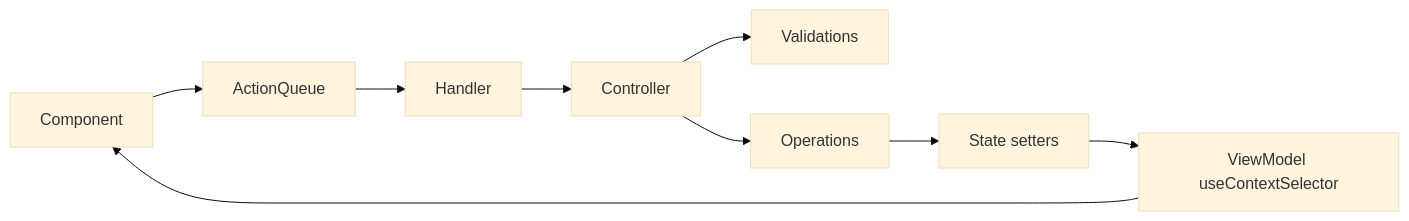
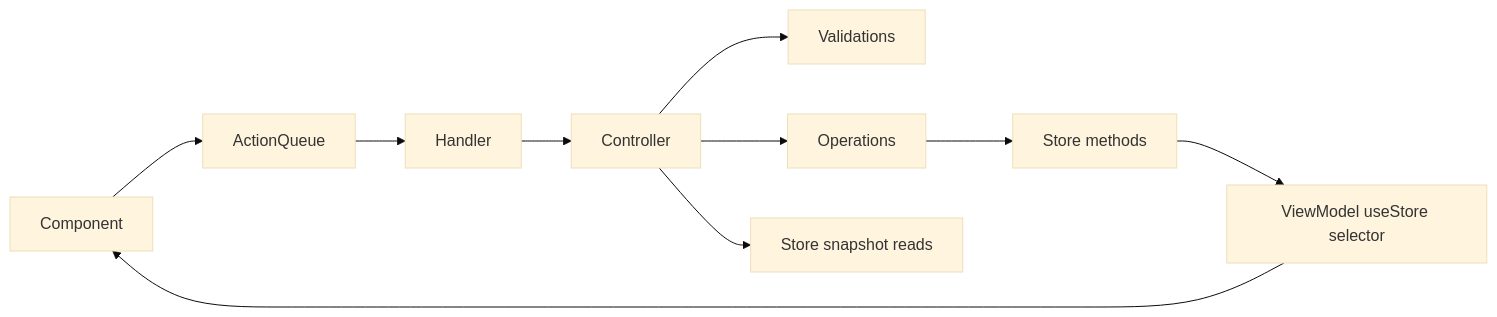
The diagram in .cursor/rules/app-architecture.mdc (Dangerdan9631/Vayeate), drawn with Mermaid (base theme) before and after one commit. The commit also changed other lines of this file and 12 other files, not shown here.

````diff
--- a/.cursor/rules/app-architecture.mdc
+++ b/.cursor/rules/app-architecture.mdc
@@ -26,11 +26,12 @@
 ```mermaid
 flowchart LR
   UI[Component] --> AQ[ActionQueue]
   AQ --> H[Handler]
   H --> C[Controller]
   C --> V[Validations]
   C --> O[Operations]
-  O --> S[State setters]
-  S --> VM[ViewModel useContextSelector]
+  C --> S1[Store snapshot reads]
+  O --> S2[Store methods]
+  S2 --> VM[ViewModel useStore selector]
   VM --> UI
 ```
````
